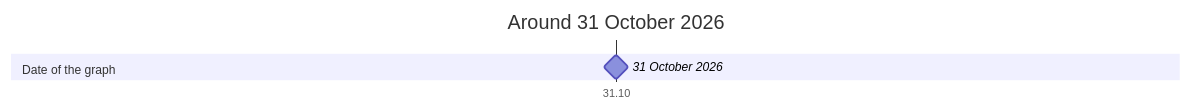
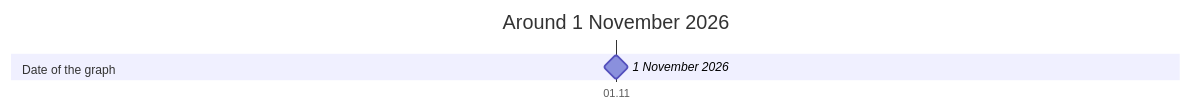
One commit to advancedcognitivesystems-ai/trame changed the diagram in ci/docs/timeline.md. Above: the diagram before and after it, drawn with Mermaid. The commit also changed other lines of this file and 119 other files, not shown here.

````diff
--- a/ci/docs/timeline.md
+++ b/ci/docs/timeline.md
@@ -5,8 +5,8 @@
 ```mermaid
 gantt
   dateFormat YYYY-MM-DD
   axisFormat %d.%m
-  title Around 31 October 2026
+  title Around 1 November 2026
   section Date of the graph
-    31 October 2026 : milestone, 2026-10-31, 0d
+    1 November 2026 : milestone, 2026-11-01, 0d
 ```
````
